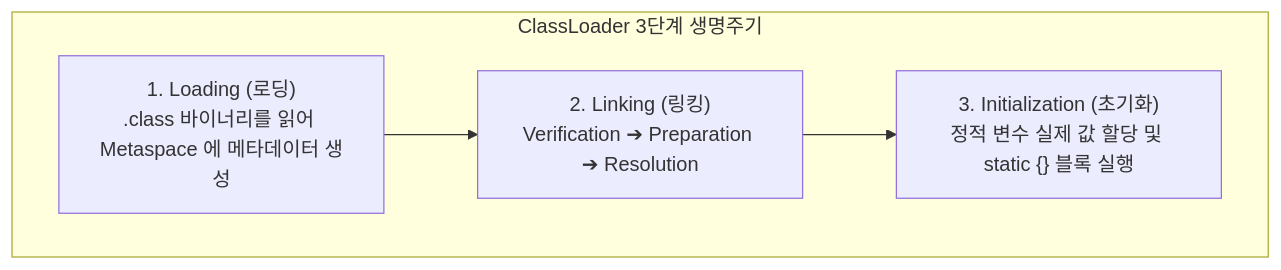
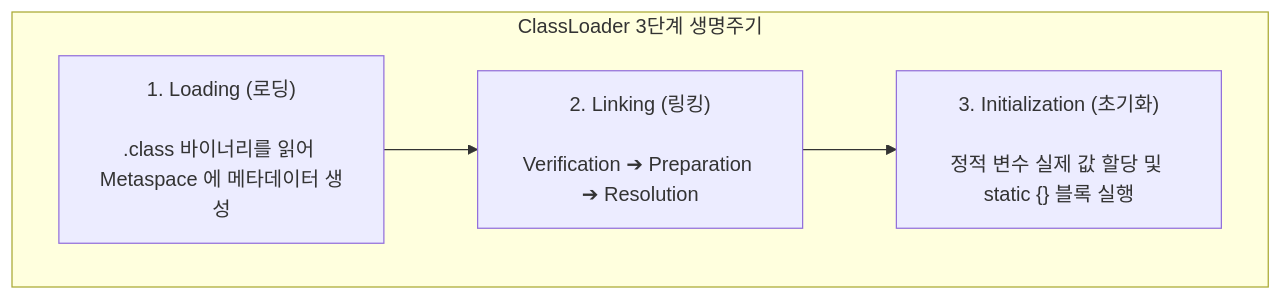
Before and after one commit to youngmin-gwon/what-i-studied: the first of 5 diagrams in 01_inbox/computer-science/jvm-classloader.md, drawn with Mermaid. The commit also changed other lines of this file, not shown here.

````diff
--- a/01_inbox/computer-science/jvm-classloader.md
+++ b/01_inbox/computer-science/jvm-classloader.md
@@ -17,7 +17,7 @@
 ```mermaid
 flowchart TD
     subgraph "ClassLoader 3단계 생명주기"
-        L1["1. Loading (로딩)<br/>.class 바이너리를 읽어 Metaspace 에 메타데이터 생성"] --> L2["2. Linking (링킹)<br/>Verification ➔ Preparation ➔ Resolution"]
-        L2 --> L3["3. Initialization (초기화)<br/>정적 변수 실제 값 할당 및 static {} 블록 실행"]
+        L1["1. Loading (로딩)<br/><br/>.class 바이너리를 읽어 Metaspace 에 메타데이터 생성"] --> L2["2. Linking (링킹)<br/><br/>Verification ➔ Preparation ➔ Resolution"]
+        L2 --> L3["3. Initialization (초기화)<br/><br/>정적 변수 실제 값 할당 및 static {} 블록 실행"]
     end
 ```
````
